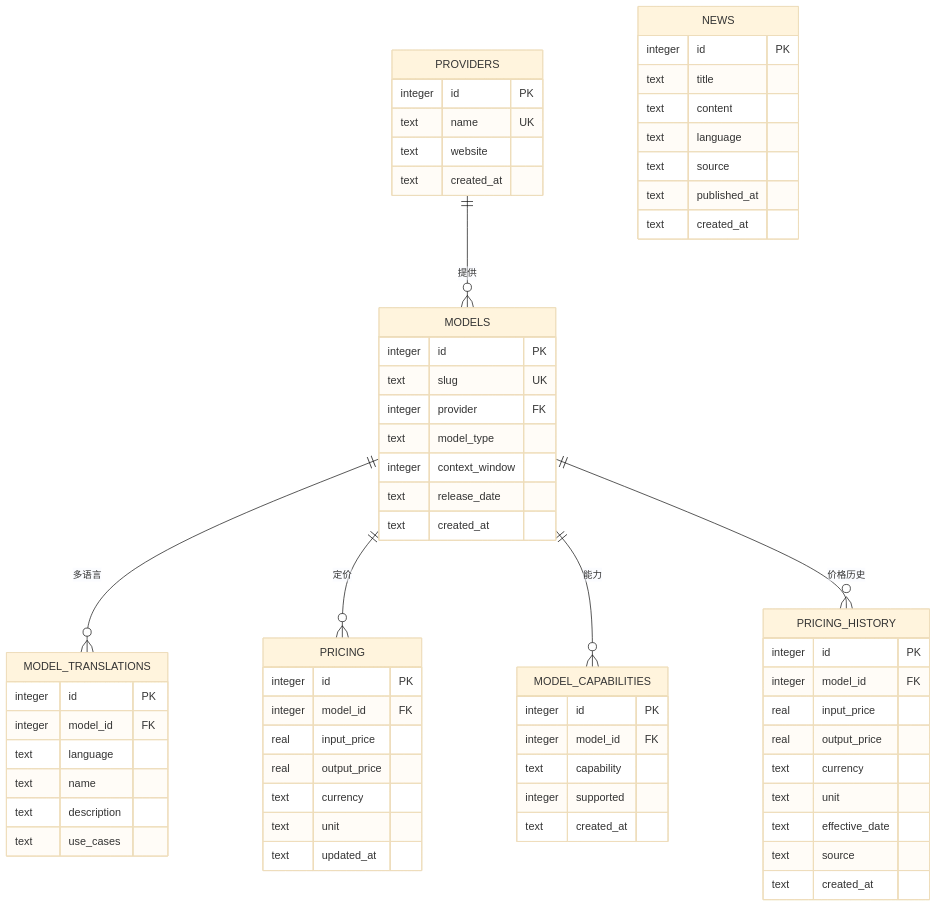
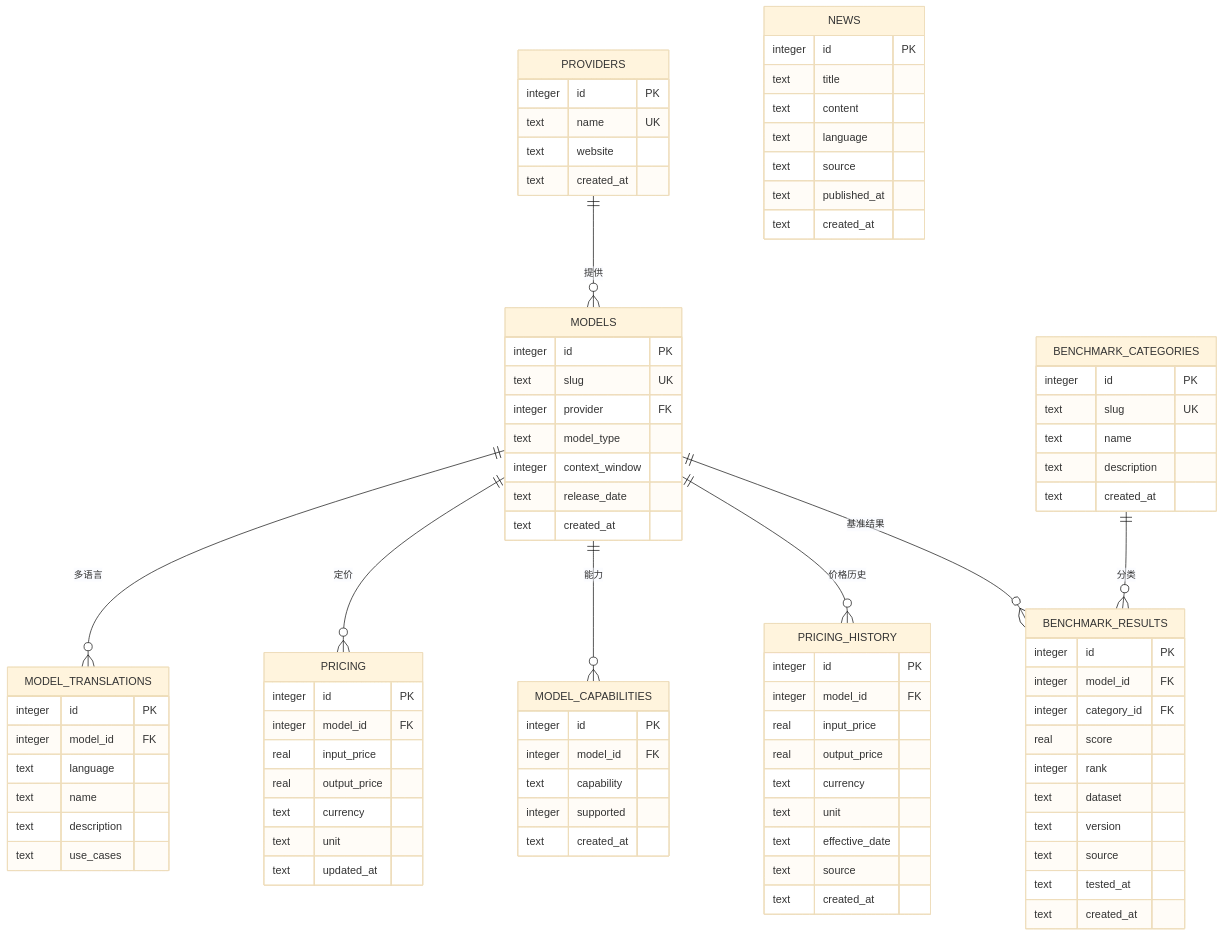
One commit to crazynotesman-svg/ai-model-platform changed the diagram in docs/database-design.md. Above: the diagram before and after it, drawn with Mermaid (base theme). The commit also changed other lines of this file and 6 other files, not shown here.

```diff
--- a/docs/database-design.md
+++ b/docs/database-design.md
@@ -11,6 +11,8 @@
     MODELS ||--o{ PRICING : "定价"
     MODELS ||--o{ MODEL_CAPABILITIES : "能力"
     MODELS ||--o{ PRICING_HISTORY : "价格历史"
+    MODELS ||--o{ BENCHMARK_RESULTS : "基准结果"
+    BENCHMARK_CATEGORIES ||--o{ BENCHMARK_RESULTS : "分类"
 
     PROVIDERS {
         integer id PK
@@ -62,6 +64,25 @@
         text source
         text created_at
     }
+    BENCHMARK_CATEGORIES {
+        integer id PK
+        text slug UK
+        text name
+        text description
+        text created_at
+    }
+    BENCHMARK_RESULTS {
+        integer id PK
+        integer model_id FK
+        integer category_id FK
+        real score
+        integer rank
+        text dataset
+        text version
+        text source
+        text tested_at
+        text created_at
+    }
     NEWS {
         integer id PK
         text title
```
